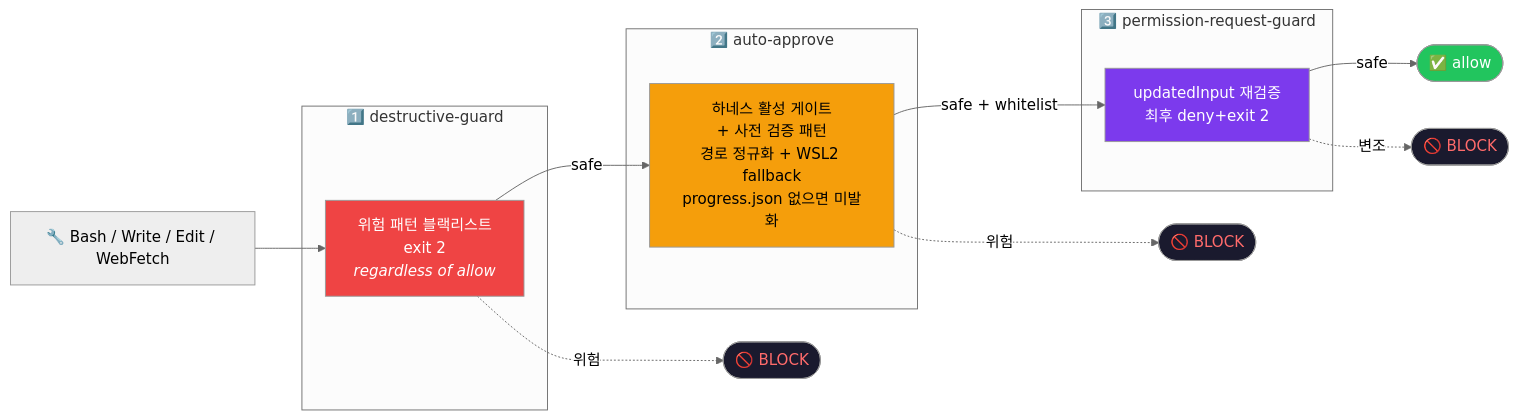
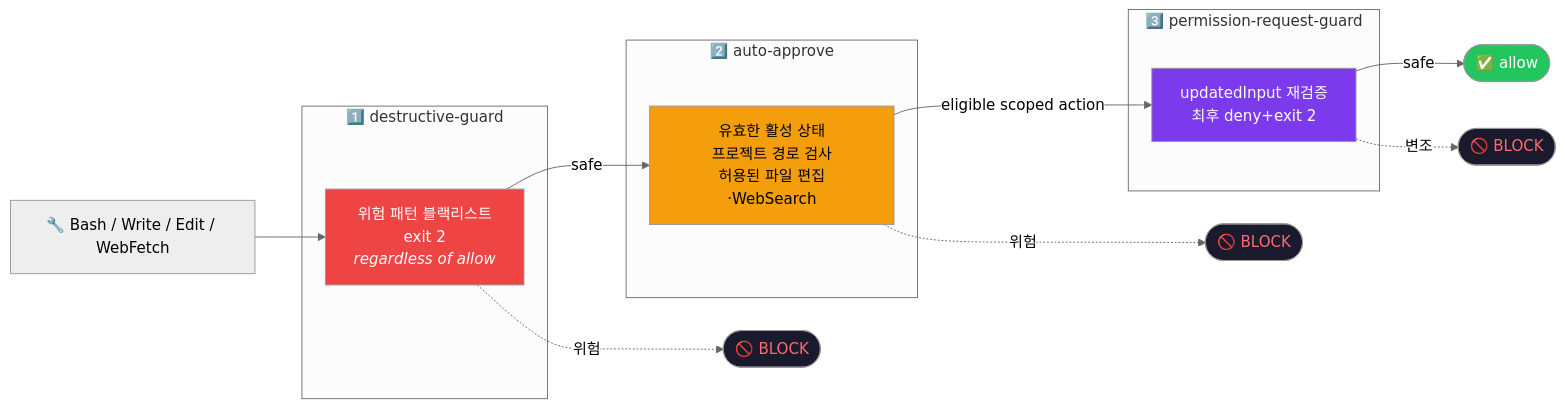
The second of 4 diagrams in README.md (Technoetic/harness107), drawn with Mermaid (neutral theme) before and after one commit. The commit also changed other lines of this file and 75 other files, not shown here.

````diff
--- a/README.md
+++ b/README.md
@@ -225,32 +234,32 @@
 ```mermaid
 flowchart LR
     Tool["🔧 Bash / Write / Edit / WebFetch"]
 
     subgraph layer1["1️⃣ destructive-guard"]
         DG["위험 패턴 블랙리스트<br/>exit 2<br/><i>regardless of allow</i>"]
     end
 
     subgraph layer2["2️⃣ auto-approve"]
-        AA["하네스 활성 게이트<br/>+ 사전 검증 패턴<br/>경로 정규화 + WSL2 fallback<br/>progress.json 없으면 미발화"]
+        AA["유효한 활성 상태<br/>프로젝트 경로 검사<br/>허용된 파일 편집·WebSearch"]
     end
 
     subgraph layer3["3️⃣ permission-request-guard"]
         PRG["updatedInput 재검증<br/>최후 deny+exit 2"]
     end
 
     Tool --> DG
     DG -->|safe| AA
-    AA -->|safe + whitelist| PRG
+    AA -->|eligible scoped action| PRG
     PRG -->|safe| Pass(["✅ allow"])
     DG -.위험.-> Block1(["🚫 BLOCK"])
     AA -.위험.-> Block2(["🚫 BLOCK"])
     PRG -.변조.-> Block3(["🚫 BLOCK"])
 
     style DG fill:#EF4444,color:#fff
     style AA fill:#F59E0B,color:#000
     style PRG fill:#7C3AED,color:#fff
     style Pass fill:#22C55E,color:#fff
     style Block1 fill:#1a1a2e,color:#FF6B6B
     style Block2 fill:#1a1a2e,color:#FF6B6B
     style Block3 fill:#1a1a2e,color:#FF6B6B
 ```
````
